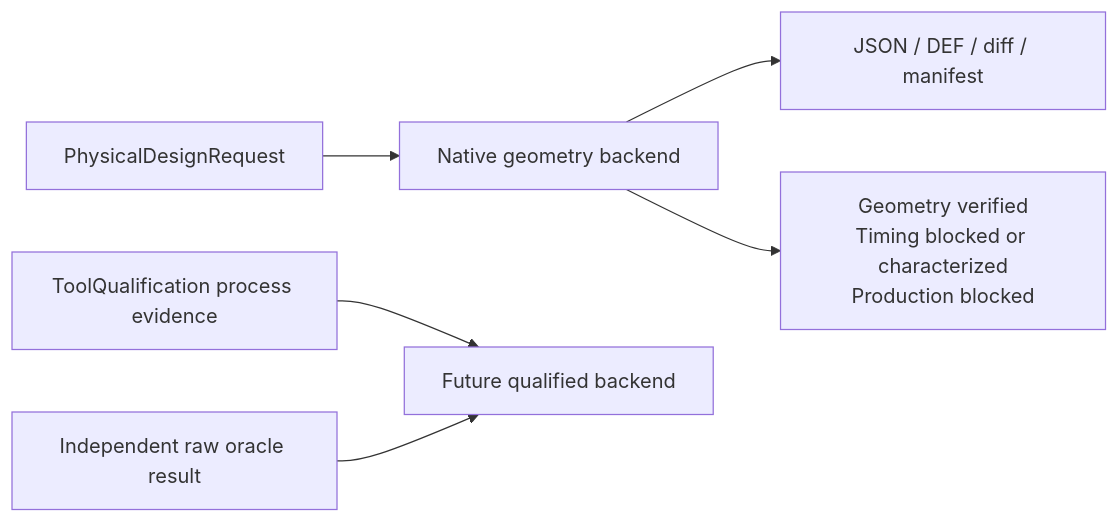
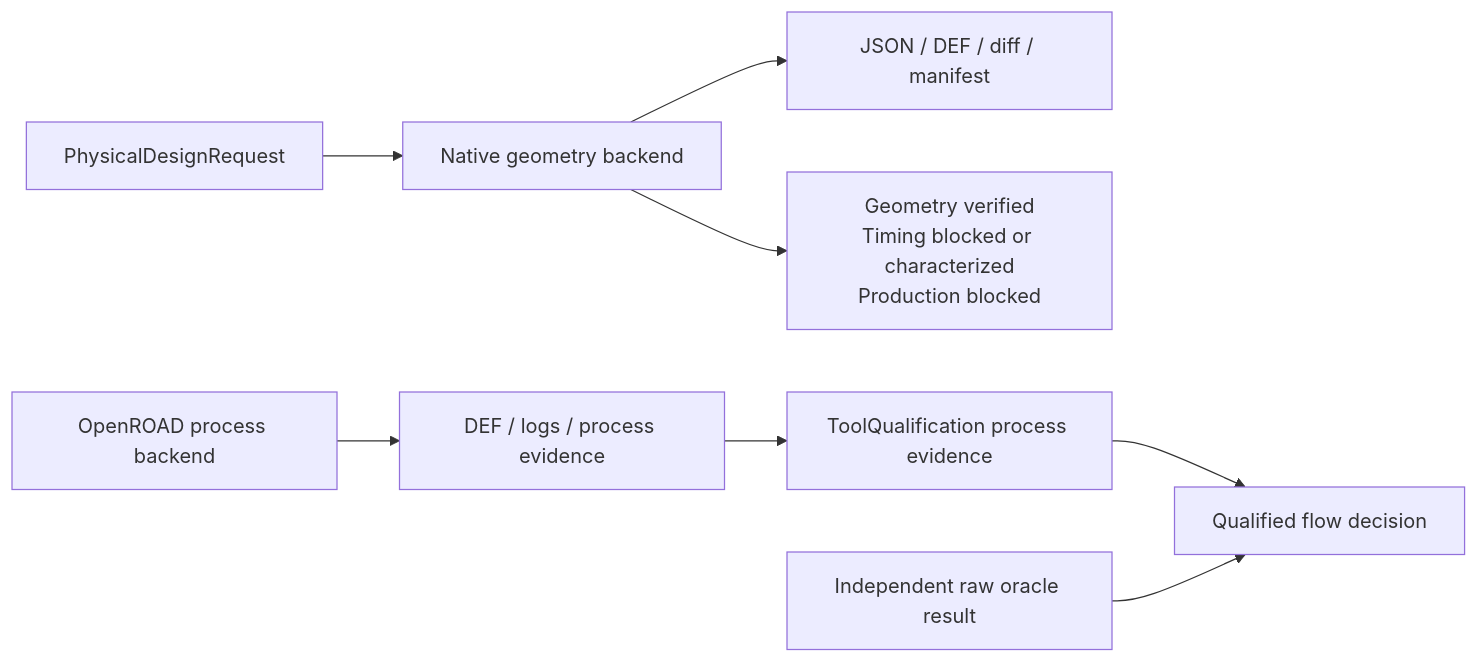
One commit to 1amageek/PhysicalDesignEngine changed the diagram in README.md. Above: the diagram before and after it, drawn with Mermaid. The commit also changed other lines of this file and 30 other files, not shown here.

Commit message:
Add production OpenROAD execution path

````diff
--- a/README.md
+++ b/README.md
@@ -9,8 +9,10 @@
 ```mermaid
 flowchart LR
   Request["PhysicalDesignRequest"] --> Native["Native geometry backend"]
   Native --> Revision["JSON / DEF / diff / manifest"]
   Native --> Claims["Geometry verified\nTiming blocked or characterized\nProduction blocked"]
-  TQ["ToolQualification process evidence"] --> Qualified["Future qualified backend"]
+  Production["OpenROAD process backend"] --> Evidence["DEF / logs / process evidence"]
+  TQ["ToolQualification process evidence"] --> Qualified["Qualified flow decision"]
   Oracle["Independent raw oracle result"] --> Qualified
+  Evidence --> TQ
 ```
````
